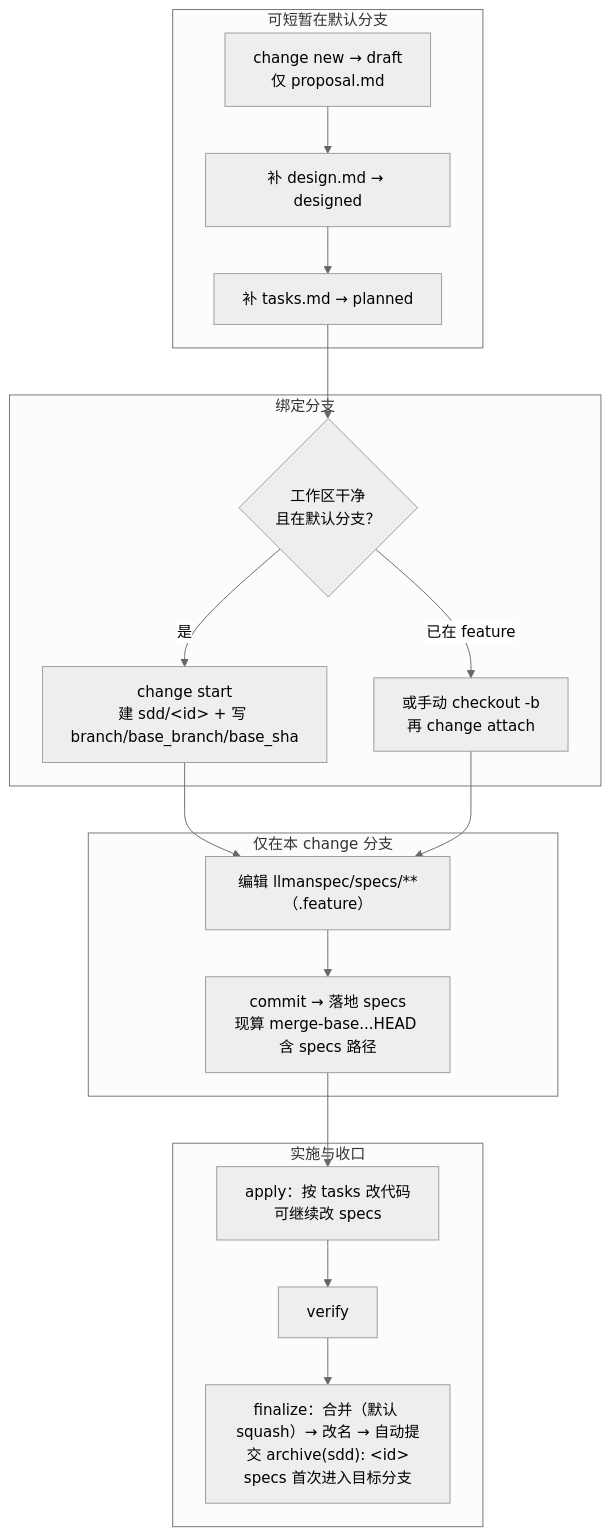
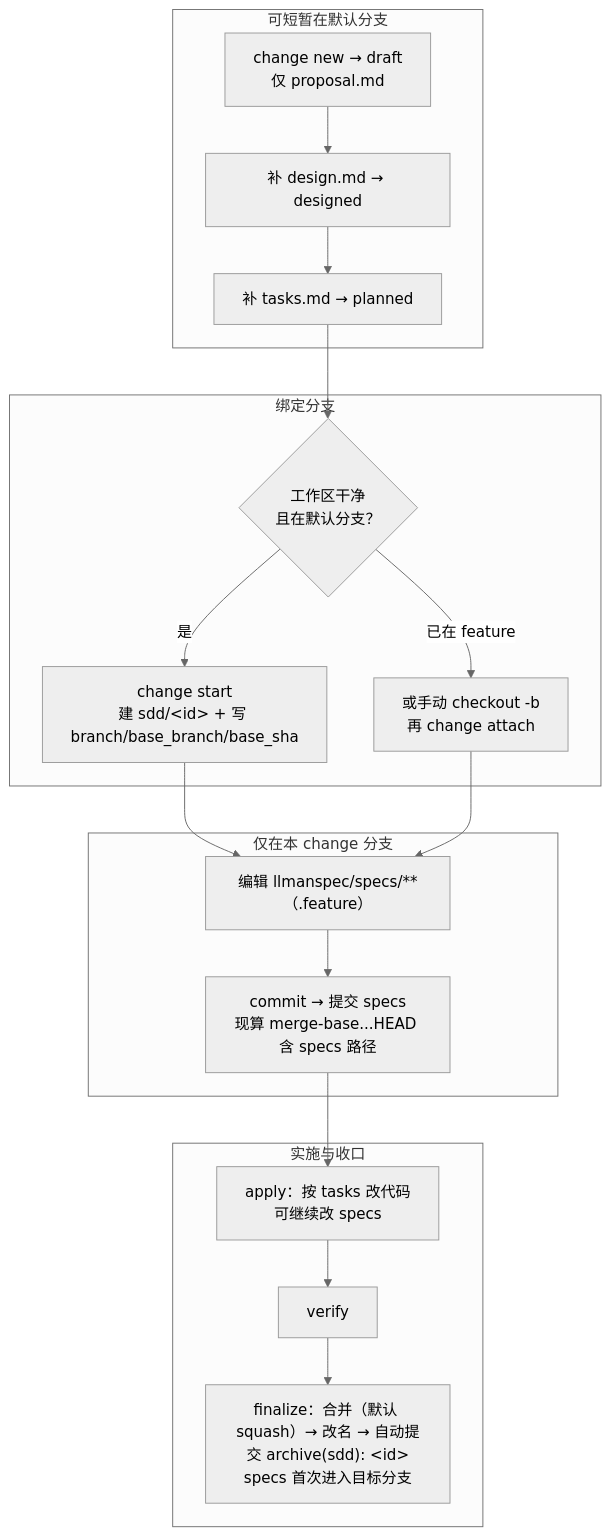
One commit to StrayDragon/xylitol changed the first of 2 diagrams in .agents/skills/llman-sdd-propose/SKILL.md. Above: the diagram before and after it, drawn with Mermaid (neutral theme). The commit also changed other lines of this file and 13 other files, not shown here.

````diff
--- a/.agents/skills/llman-sdd-propose/SKILL.md
+++ b/.agents/skills/llman-sdd-propose/SKILL.md
@@ -18,30 +18,30 @@
 ```mermaid
 flowchart TB
   subgraph main_ok["可短暂在默认分支"]
     A["change new → draft<br/>仅 proposal.md"]
     B1["补 design.md → designed"]
     B2["补 tasks.md → planned"]
   end
 
   subgraph bind["绑定分支"]
     C{"工作区干净<br/>且在默认分支？"}
     D["change start<br/>建 sdd/&lt;id&gt; + 写 branch/base_branch/base_sha"]
     E["或手动 checkout -b<br/>再 change attach"]
   end
 
   subgraph specs_only["仅在本 change 分支"]
     F["编辑 llmanspec/specs/**（.feature）"]
-    G["commit → 落地 specs<br/>现算 merge-base...HEAD 含 specs 路径"]
+    G["commit → 提交 specs<br/>现算 merge-base...HEAD 含 specs 路径"]
   end
 
   subgraph implement["实施与收口"]
     H["apply：按 tasks 改代码<br/>可继续改 specs"]
     I["verify"]
     J["finalize：合并（默认 squash）→ 改名 → 自动提交 archive(sdd): &lt;id&gt;<br/>specs 首次进入目标分支"]
   end
 
   A --> B1 --> B2 --> C
   C -->|是| D --> F
   C -->|已在 feature| E --> F
   F --> G --> H --> I --> J
 ```
````
